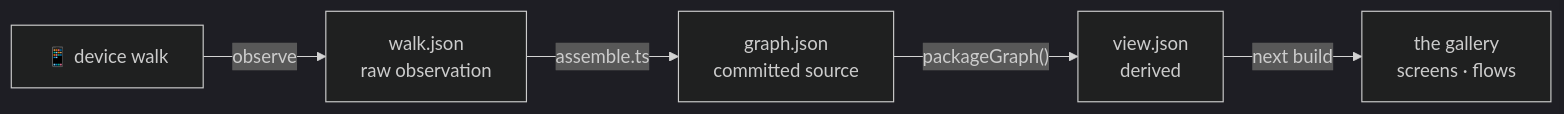
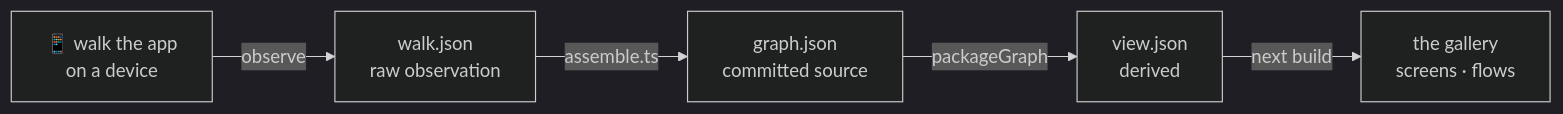
One commit to dalxds/wallets-gallery changed the first of 7 diagrams in README.md. Above: the diagram before and after it, drawn with Mermaid (dark theme). The commit also changed other lines of this file and 3 other files, not shown here.

````diff
--- a/README.md
+++ b/README.md
@@ -17,7 +12,7 @@
 ```mermaid
 flowchart LR
-  walk["📱 device walk"] -->|"observe"| wj["walk.json<br/>raw observation"]
-  wj -->|"assemble.ts"| gph["graph.json<br/>committed source"]
-  gph -->|"packageGraph()"| view["view.json<br/>derived"]
-  view -->|"next build"| gallery["the gallery<br/>screens · flows"]
+  walk["📱 walk the app<br/>on a device"] -->|observe| wj["walk.json<br/>raw observation"]
+  wj -->|assemble.ts| gph["graph.json<br/>committed source"]
+  gph -->|packageGraph| view["view.json<br/>derived"]
+  view -->|next build| gallery["the gallery<br/>screens · flows"]
 ```
````
